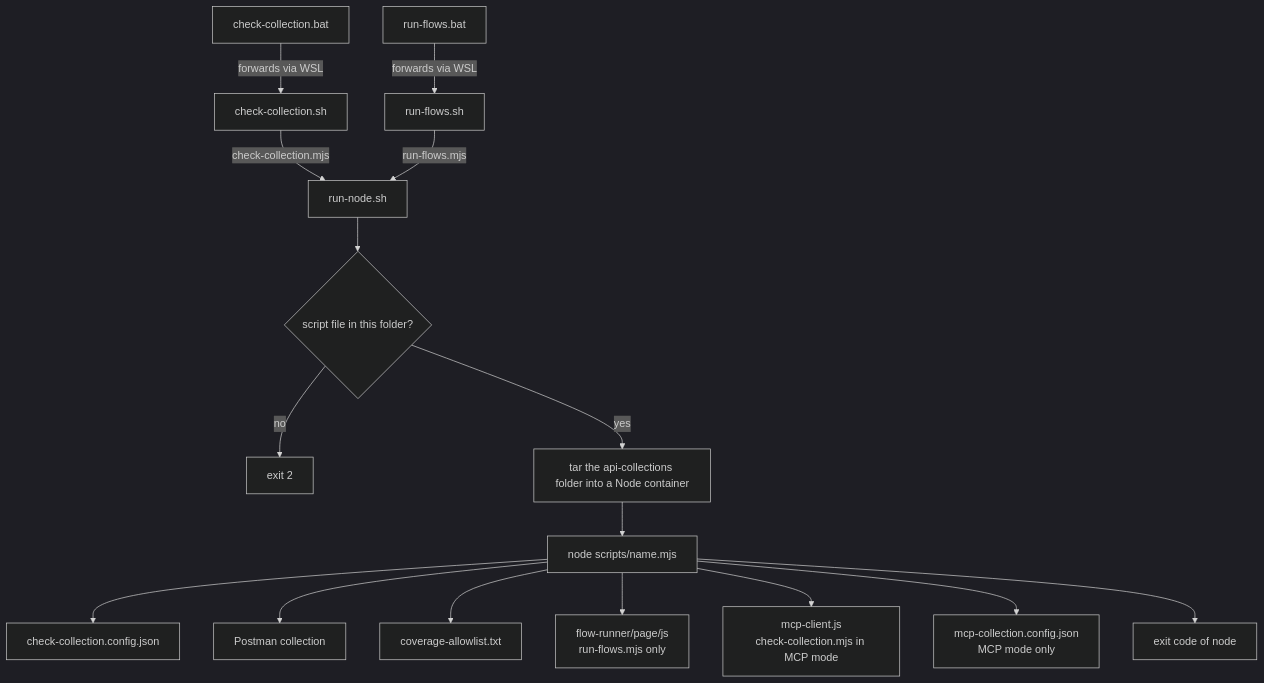
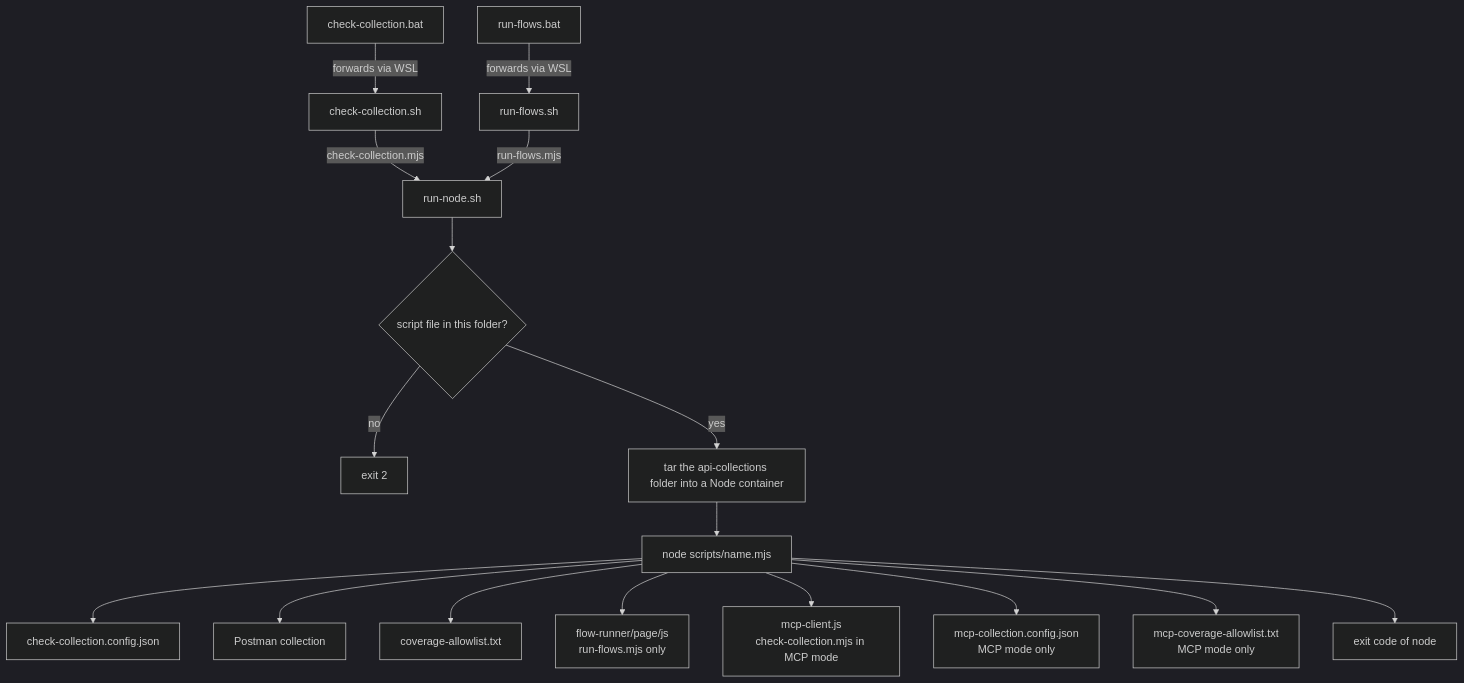
Before and after one commit to OstMutant/Advertisement: the diagram in docs/api-collections/scripts/README.md, drawn with Mermaid (dark theme). The commit also changed other lines of this file and 90 other files, not shown here.

````diff
--- a/docs/api-collections/scripts/README.md
+++ b/docs/api-collections/scripts/README.md
@@ -34,18 +32,19 @@
 ```mermaid
 flowchart TD
     CCB[check-collection.bat] -->|forwards via WSL| CCS[check-collection.sh]
     RFB[run-flows.bat] -->|forwards via WSL| RFS[run-flows.sh]
     CCS -->|check-collection.mjs| RN[run-node.sh]
     RFS -->|run-flows.mjs| RN
     RN --> SF{script file in this folder?}
     SF -->|no| X2[exit 2]
     SF -->|yes| TAR[tar the api-collections folder into a Node container]
     TAR --> NODE[node scripts/name.mjs]
     NODE --> CFG[check-collection.config.json]
     NODE --> PC[Postman collection]
     NODE --> AL[coverage-allowlist.txt]
     NODE --> FR[flow-runner/page/js<br/>run-flows.mjs only]
     NODE --> MCPC[mcp-client.js<br/>check-collection.mjs in MCP mode]
     NODE --> MCPCFG[mcp-collection.config.json<br/>MCP mode only]
+    NODE --> MCPAL[mcp-coverage-allowlist.txt<br/>MCP mode only]
     NODE --> EXIT[exit code of node]
 ```
````
